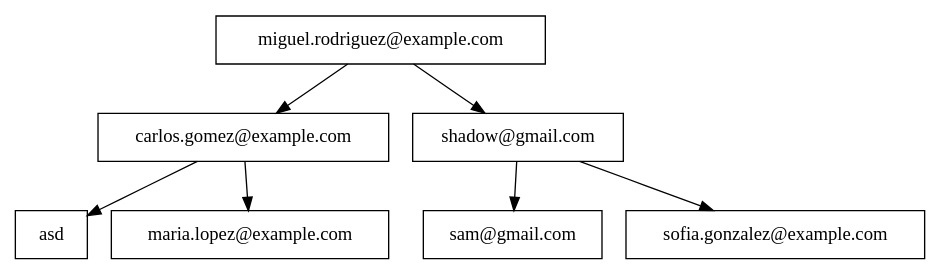
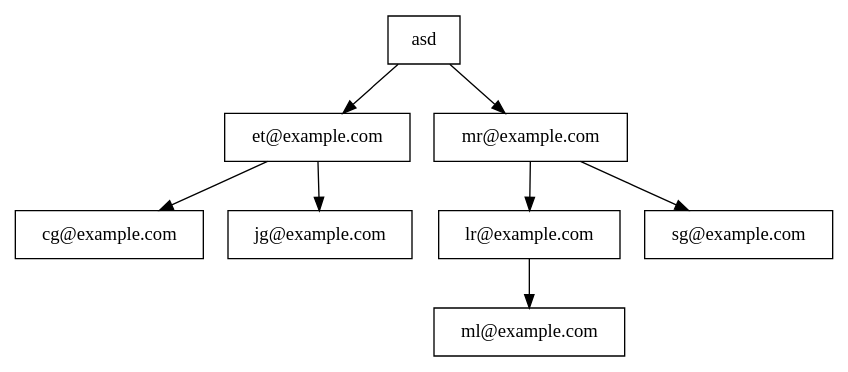
One commit to Kevin-alvarez1/PROYECTO_MULTIFASES_RED_SOCIAL changed the diagram in Fase2/main/build/Desktop_Qt_6_7_2_MinGW_64_bit-Debug/Arbol_Usuarios.dot. Above: the diagram before and after it, drawn with Graphviz. The commit also changed 78 other files, not shown here.

```diff
--- a/Fase2/main/build/Desktop_Qt_6_7_2_MinGW_64_bit-Debug/Arbol_Usuarios.dot
+++ b/Fase2/main/build/Desktop_Qt_6_7_2_MinGW_64_bit-Debug/Arbol_Usuarios.dot
@@ -1,9 +1,10 @@
 digraph AVLTree {
     node [shape=record];
-    "miguel.rodriguez@example.com" -> "carlos.gomez@example.com";
-    "miguel.rodriguez@example.com" -> "shadow@gmail.com";
-    "carlos.gomez@example.com" -> "asd";
-    "carlos.gomez@example.com" -> "maria.lopez@example.com";
-    "shadow@gmail.com" -> "sam@gmail.com";
-    "shadow@gmail.com" -> "sofia.gonzalez@example.com";
+    "asd" -> "et@example.com";
+    "asd" -> "mr@example.com";
+    "et@example.com" -> "cg@example.com";
+    "et@example.com" -> "jg@example.com";
+    "mr@example.com" -> "lr@example.com";
+    "mr@example.com" -> "sg@example.com";
+    "lr@example.com" -> "ml@example.com";
 }
```
